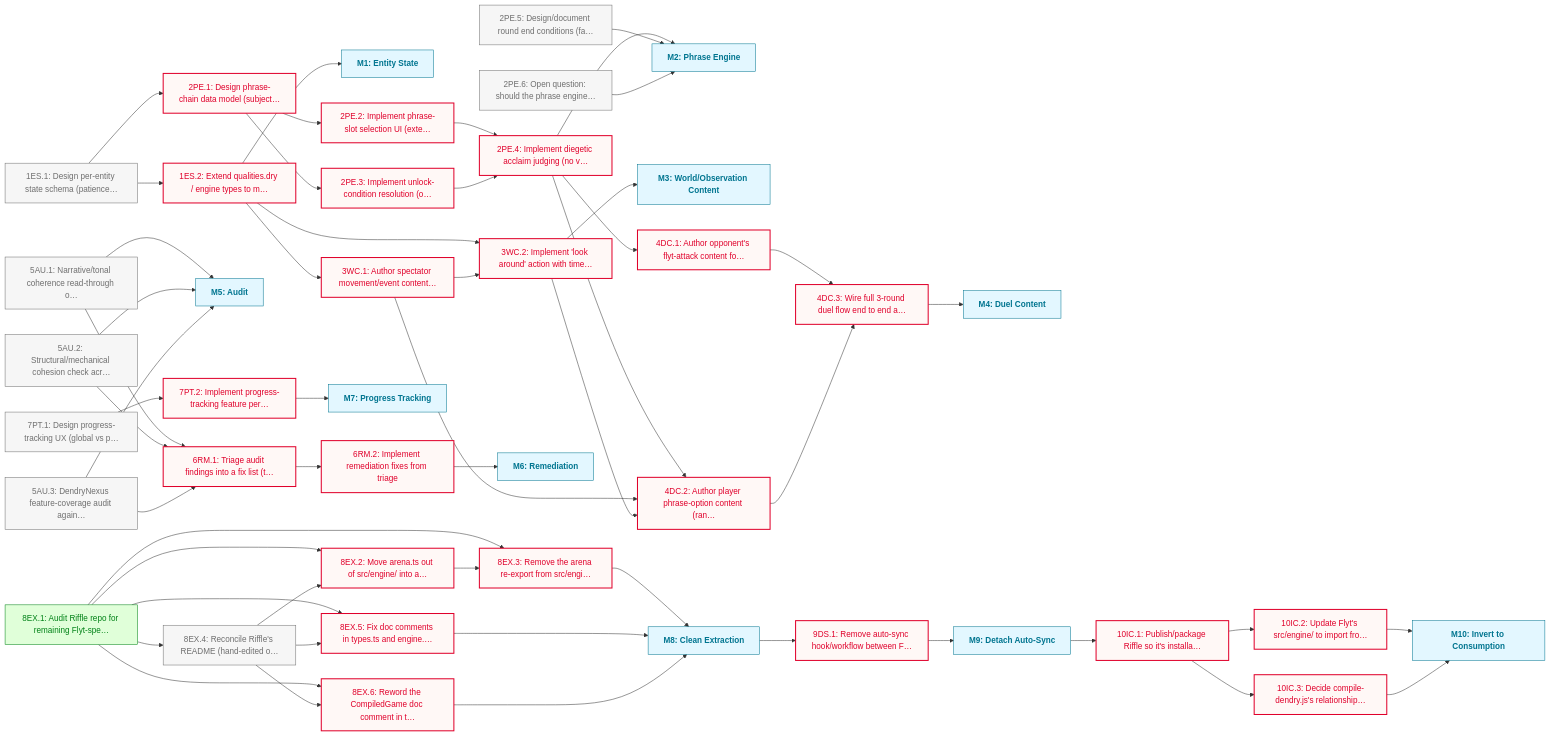
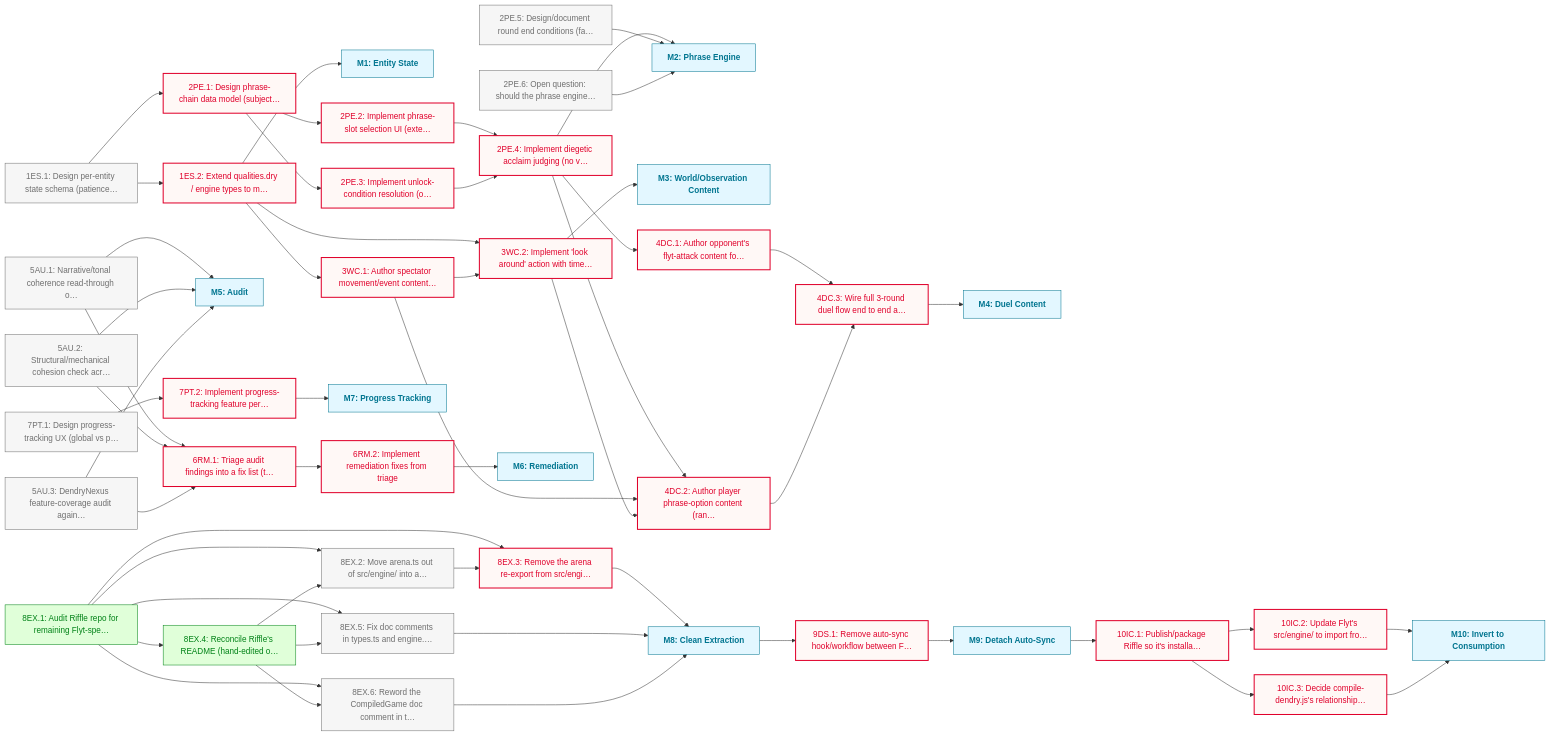
One commit to JasonWarrenUK/flyt changed the diagram in docs/roadmaps/FOUNDATIONS.md. Above: the diagram before and after it, drawn with Mermaid. The commit also changed other lines of this file and 2 other files, not shown here.

Commit message:
chore(roadmap): mark 8EX.4 done and unblock 8EX.2, 8EX.5, 8EX.6
Recompute cascades the README task's completion: the three engine
clean-up tasks that waited on it are now todo. End dates backfilled for
8EX.1 and 8EX.4; PHASE file, Mermaid diagram and HTML dashboard
regenerated.

````diff
--- a/docs/roadmaps/FOUNDATIONS.md
+++ b/docs/roadmaps/FOUNDATIONS.md
@@ -126,7 +126,7 @@
 	classDef paused fill:#fdf4ff,stroke:#b01fe3,color:#b01fe3,stroke-dasharray:4 3
 	classDef deferred fill:#fff8f3,stroke:#ac5c00,color:#ac5c00,stroke-dasharray:2 4,font-style:italic
 	classDef done fill:#e0ffd9,stroke:#008217,color:#008217
-	classDef outOfScope fill:#f6f6f6,stroke:#e2e2e2,color:#e2e2e2,stroke-dasharray:2 2
+	classDef outOfScope fill:#f6f6f6,stroke:#717171,color:#717171,stroke-dasharray:2 2
 	classDef mile fill:#e3f7ff,stroke:#007590,color:#007590,font-weight:bold
 	classDef external fill:#fff9e5,stroke:#7d6f00,color:#7d6f00,stroke-dasharray:4 3,font-style:italic
 	1ES.1["1ES.1: Design per-entity state schema (patience…"]
@@ -219,7 +219,7 @@
 	10IC.1 --> 10IC.3
 	10IC.2 --> M10
 	10IC.3 --> M10
-	class 1ES.1,2PE.5,2PE.6,5AU.1,5AU.2,5AU.3,7PT.1,8EX.4 todo
-	class 10IC.1,10IC.2,10IC.3,1ES.2,2PE.1,2PE.2,2PE.3,2PE.4,3WC.1,3WC.2,4DC.1,4DC.2,4DC.3,6RM.1,6RM.2,7PT.2,8EX.2,8EX.3,8EX.5,8EX.6,9DS.1 blocked
-	class 8EX.1 done
+	class 1ES.1,2PE.5,2PE.6,5AU.1,5AU.2,5AU.3,7PT.1,8EX.2,8EX.5,8EX.6 todo
+	class 10IC.1,10IC.2,10IC.3,1ES.2,2PE.1,2PE.2,2PE.3,2PE.4,3WC.1,3WC.2,4DC.1,4DC.2,4DC.3,6RM.1,6RM.2,7PT.2,8EX.3,9DS.1 blocked
+	class 8EX.1,8EX.4 done
 ```
````
